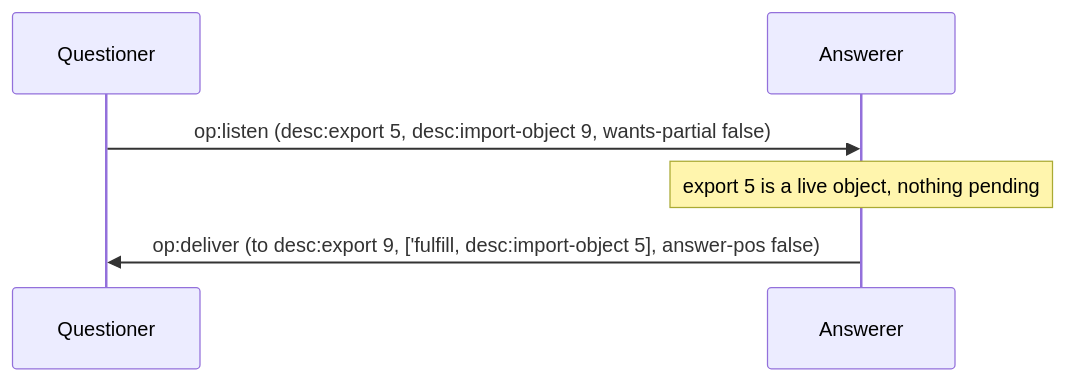
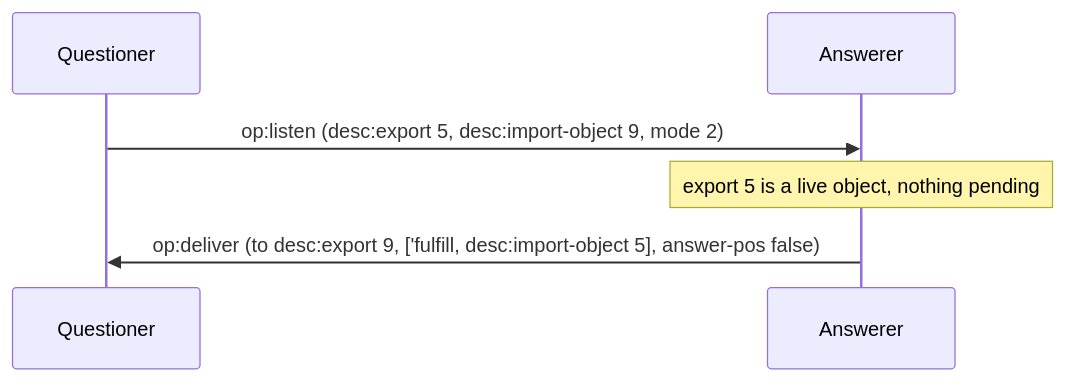
One commit to glowcap-org/glowcap changed the seventh of 7 diagrams in docs/protocol-diagrams/03-promises-and-pipelining.md. Above: the diagram before and after it, drawn with Mermaid. The commit also changed other lines of this file and 920 other files, not shown here.

````diff
--- a/docs/protocol-diagrams/03-promises-and-pipelining.md
+++ b/docs/protocol-diagrams/03-promises-and-pipelining.md
@@ -120,8 +124,8 @@
 ```mermaid
 sequenceDiagram
     participant Q as Questioner
     participant R as Answerer
-    Q->>R: op:listen (desc:export 5, desc:import-object 9, wants-partial false)
+    Q->>R: op:listen (desc:export 5, desc:import-object 9, mode 2)
     Note over R: export 5 is a live object, nothing pending
     R->>Q: op:deliver (to desc:export 9, ['fulfill, desc:import-object 5], answer-pos false)
 ```
````
